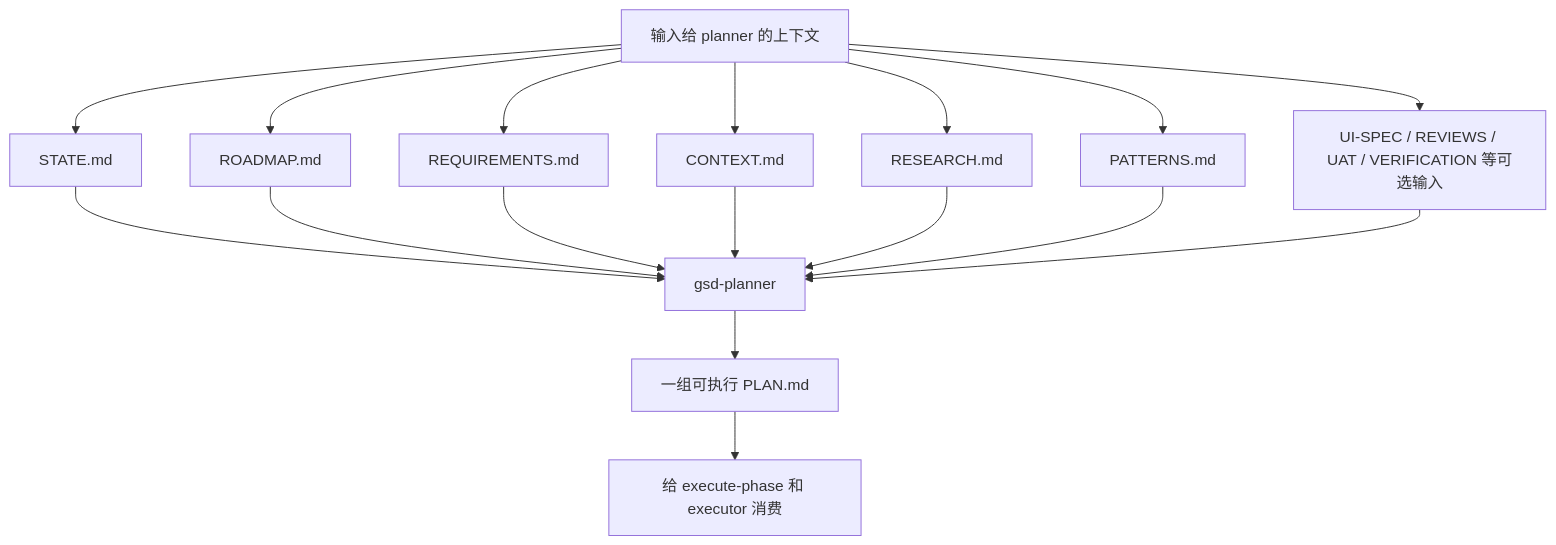
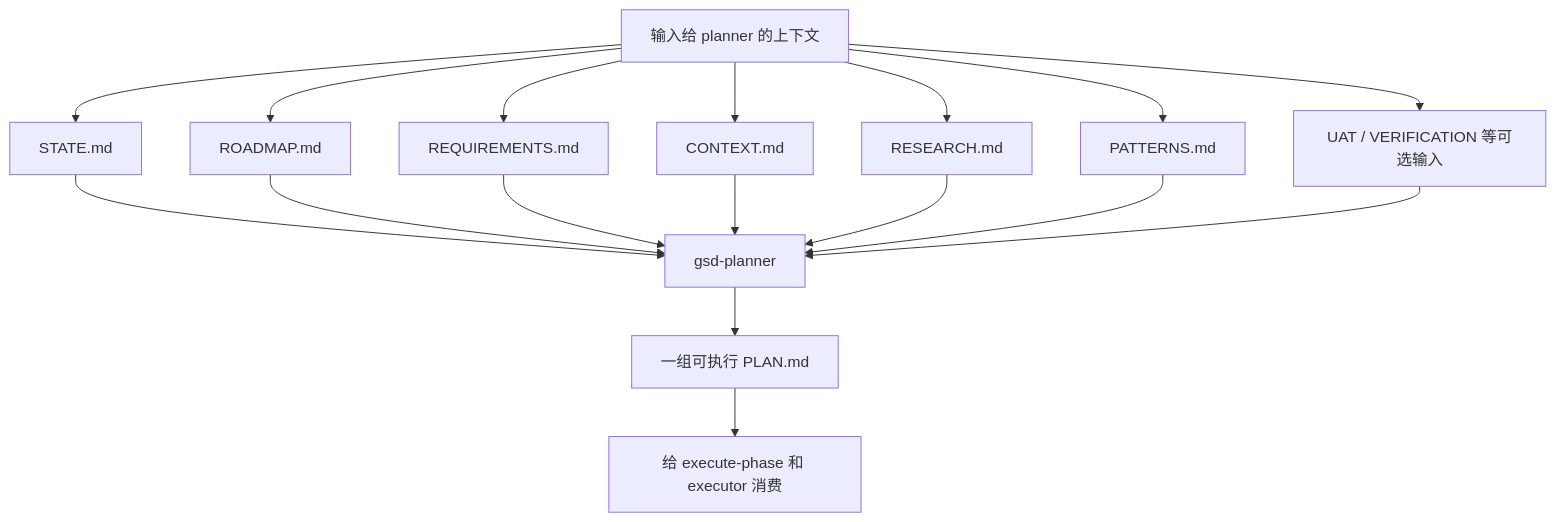
One commit to Wynne-cwb/gsd-remix changed the fourth of 5 diagrams in guide/04-plan-phase-deep-dive.md. Above: the diagram before and after it, drawn with Mermaid. The commit also changed other lines of this file and 71 other files, not shown here.

````diff
--- a/guide/04-plan-phase-deep-dive.md
+++ b/guide/04-plan-phase-deep-dive.md
@@ -271,19 +263,19 @@
 ```mermaid
 flowchart TD
     A["输入给 planner 的上下文"] --> B["STATE.md"]
     A --> C["ROADMAP.md"]
     A --> D["REQUIREMENTS.md"]
     A --> E["CONTEXT.md"]
     A --> F["RESEARCH.md"]
     A --> G["PATTERNS.md"]
-    A --> H["UI-SPEC / REVIEWS / UAT / VERIFICATION 等可选输入"]
+    A --> H["UAT / VERIFICATION 等可选输入"]
     B --> I["gsd-planner"]
     C --> I
     D --> I
     E --> I
     F --> I
     G --> I
     H --> I
     I --> J["一组可执行 PLAN.md"]
     J --> K["给 execute-phase 和 executor 消费"]
 ```
````
